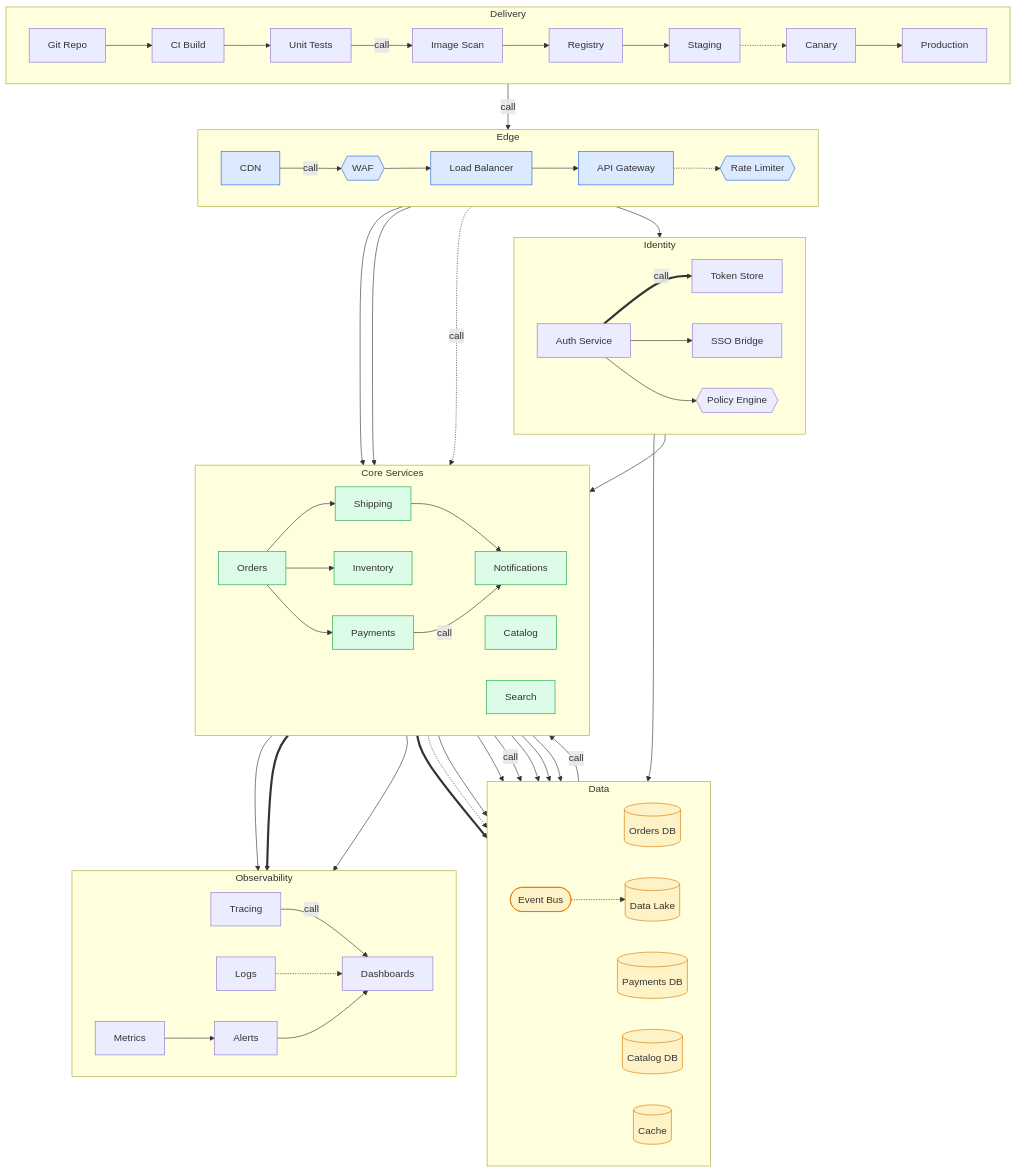
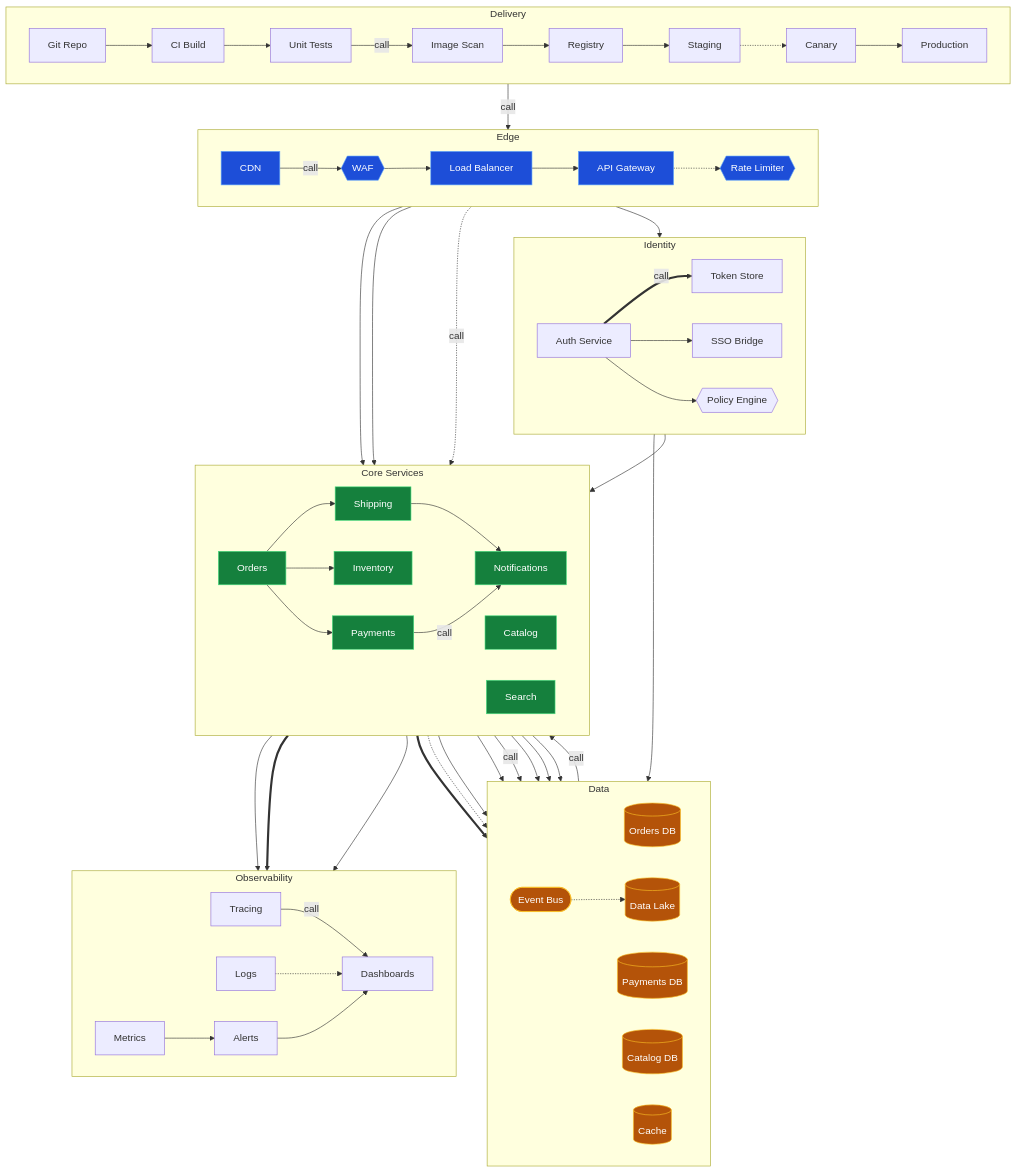
One commit to sizhky/vyasa changed the second of 37 diagrams in vyasa manual/mermaid-diagrams.md. Above: the diagram before and after it, drawn with Mermaid. The commit also changed other lines of this file, not shown here.

Commit message:
2026-10-20 21:38:18

```diff
--- a/vyasa manual/mermaid-diagrams.md
+++ b/vyasa manual/mermaid-diagrams.md
@@ -204,9 +204,9 @@
     G5N7 -->|call| G0N2
     G1N3 --> G2N0
     G1N1 --> G3N3
-    classDef edge fill:#dbeafe,stroke:#2563eb
-    classDef data fill:#fef3c7,stroke:#d97706
-    classDef svc fill:#dcfce7,stroke:#16a34a
+    classDef edge fill:#1d4ed8,stroke:#60a5fa,color:#fff
+    classDef data fill:#b45309,stroke:#fbbf24,color:#fff
+    classDef svc fill:#15803d,stroke:#4ade80,color:#fff
     class G0N0,G0N1,G0N2,G0N3,G0N4 edge
     class G3N0,G3N1,G3N2,G3N3,G3N4,G3N5 data
     class G2N0,G2N1,G2N2,G2N3,G2N4,G2N5,G2N6 svc
```
